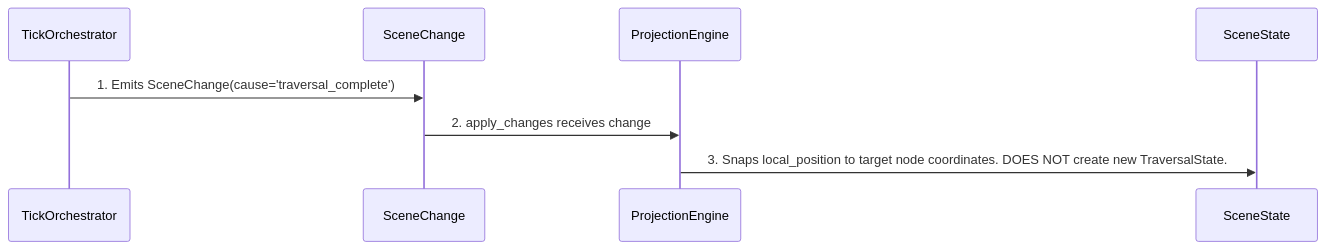
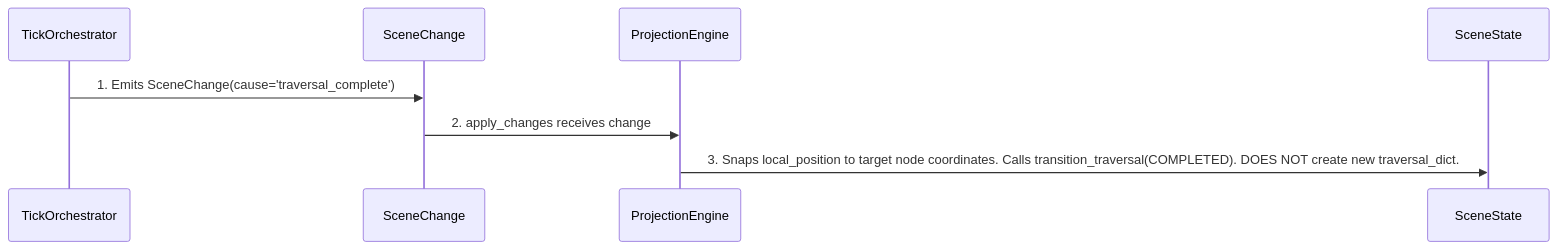
One commit to 4Um4/Enigma changed diagram 20 of 34 in docs/ARCHITECTURE_FLOW_GENERATED.md. Above: the diagram before and after it, drawn with Mermaid. The commit also changed other lines of this file and 55 other files, not shown here.

````diff
--- a/docs/ARCHITECTURE_FLOW_GENERATED.md
+++ b/docs/ARCHITECTURE_FLOW_GENERATED.md
@@ -868,10 +934,10 @@
 ```mermaid
 sequenceDiagram
 participant TickOrchestrator
 participant SceneChange
 participant ProjectionEngine
 participant SceneState
 TickOrchestrator->>SceneChange: 1. Emits SceneChange(cause='traversal_complete')
 SceneChange->>ProjectionEngine: 2. apply_changes receives change
-ProjectionEngine->>SceneState: 3. Snaps local_position to target node coordinates. DOES NOT create new TraversalState.
+ProjectionEngine->>SceneState: 3. Snaps local_position to target node coordinates. Calls transition_traversal(COMPLETED). DOES NOT create new traversal_dict.
 ```
````
